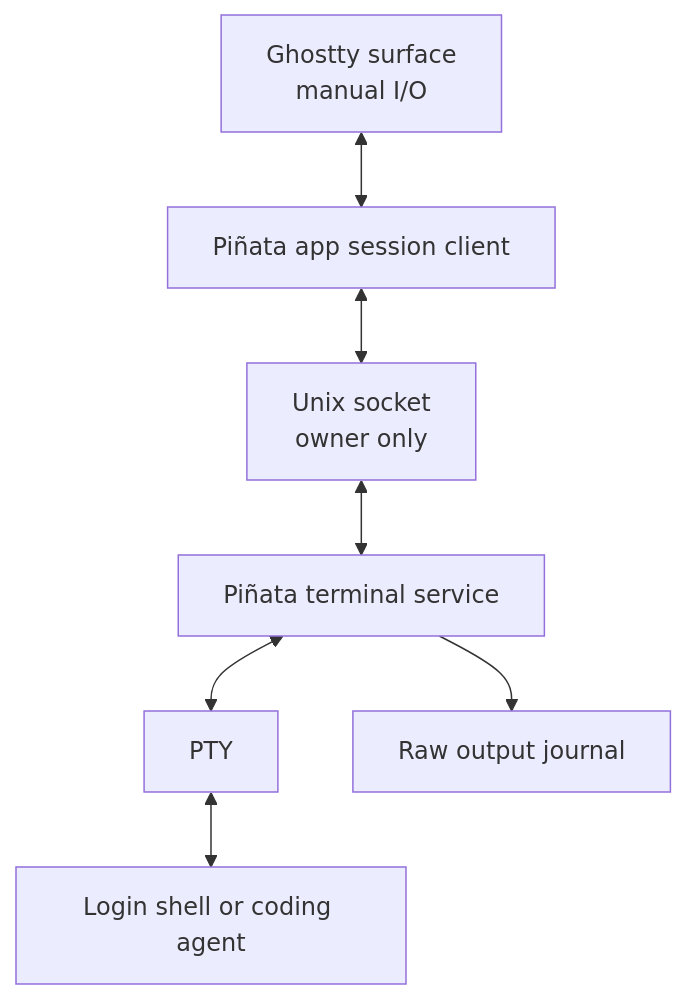
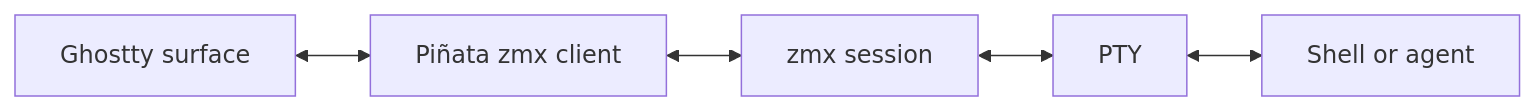
Before and after one commit to gh0stonio/pinata: the diagram in docs/terminal-session-architecture.md, drawn with Mermaid. The commit also changed other lines of this file and 24 other files, not shown here.

````diff
--- a/docs/terminal-session-architecture.md
+++ b/docs/terminal-session-architecture.md
@@ -11,9 +7,7 @@
 ```mermaid
-flowchart TB
-    Ghostty[Ghostty surface<br/>manual I/O] <--> Client[Piñata app session client]
-    Client <--> Socket[Unix socket<br/>owner only]
-    Socket <--> Service[Piñata terminal service]
-    Service <--> PTY[PTY]
-    PTY <--> Shell[Login shell or coding agent]
-    Service --> Journal[Raw output journal]
+flowchart LR
+    Ghostty[Ghostty surface] <--> Client[Piñata zmx client]
+    Client <--> Zmx[zmx session]
+    Zmx <--> PTY[PTY]
+    PTY <--> Shell[Shell or agent]
 ```
````
